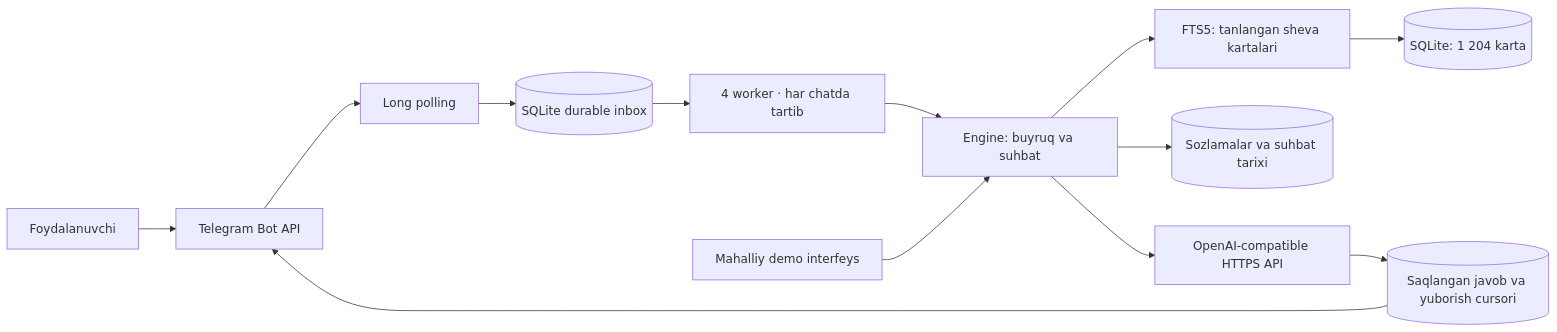
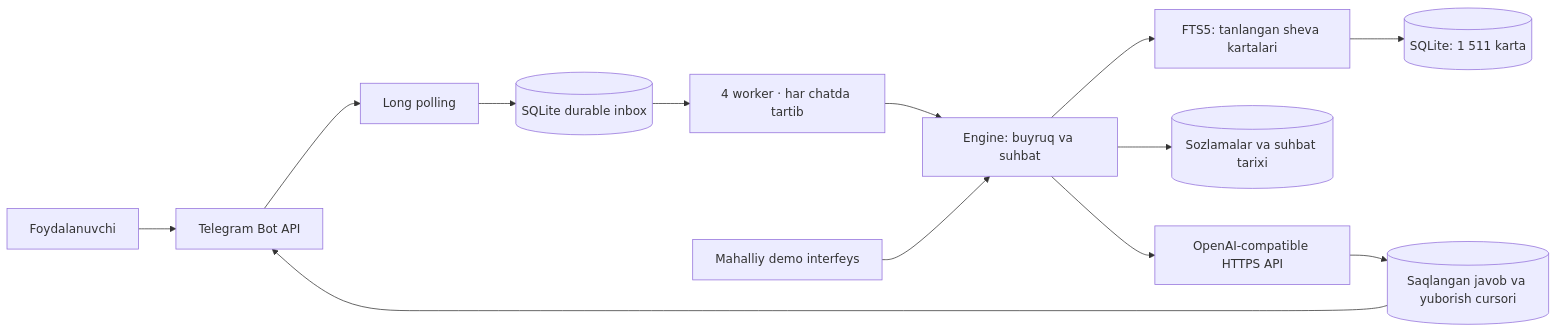
Before and after one commit to rustamovnurislom/eshqozi: the diagram in docs/ARCHITECTURE.md, drawn with Mermaid. The commit also changed other lines of this file and 17 other files, not shown here.

````diff
--- a/docs/ARCHITECTURE.md
+++ b/docs/ARCHITECTURE.md
@@ -5,15 +5,15 @@
 ```mermaid
 flowchart LR
     U[Foydalanuvchi] --> TG[Telegram Bot API]
     TG --> P[Long polling]
     P --> Q[(SQLite durable inbox)]
     Q --> W[4 worker · har chatda tartib]
     W --> E[Engine: buyruq va suhbat]
     E --> K[FTS5: tanlangan sheva kartalari]
-    K --> DB[(SQLite: 1 204 karta)]
+    K --> DB[(SQLite: 1 511 karta)]
     E --> H[(Sozlamalar va suhbat tarixi)]
     E --> AI[OpenAI-compatible HTTPS API]
     AI --> O[(Saqlangan javob va yuborish cursori)]
     O --> TG
     D[Mahalliy demo interfeys] --> E
 ```
````
